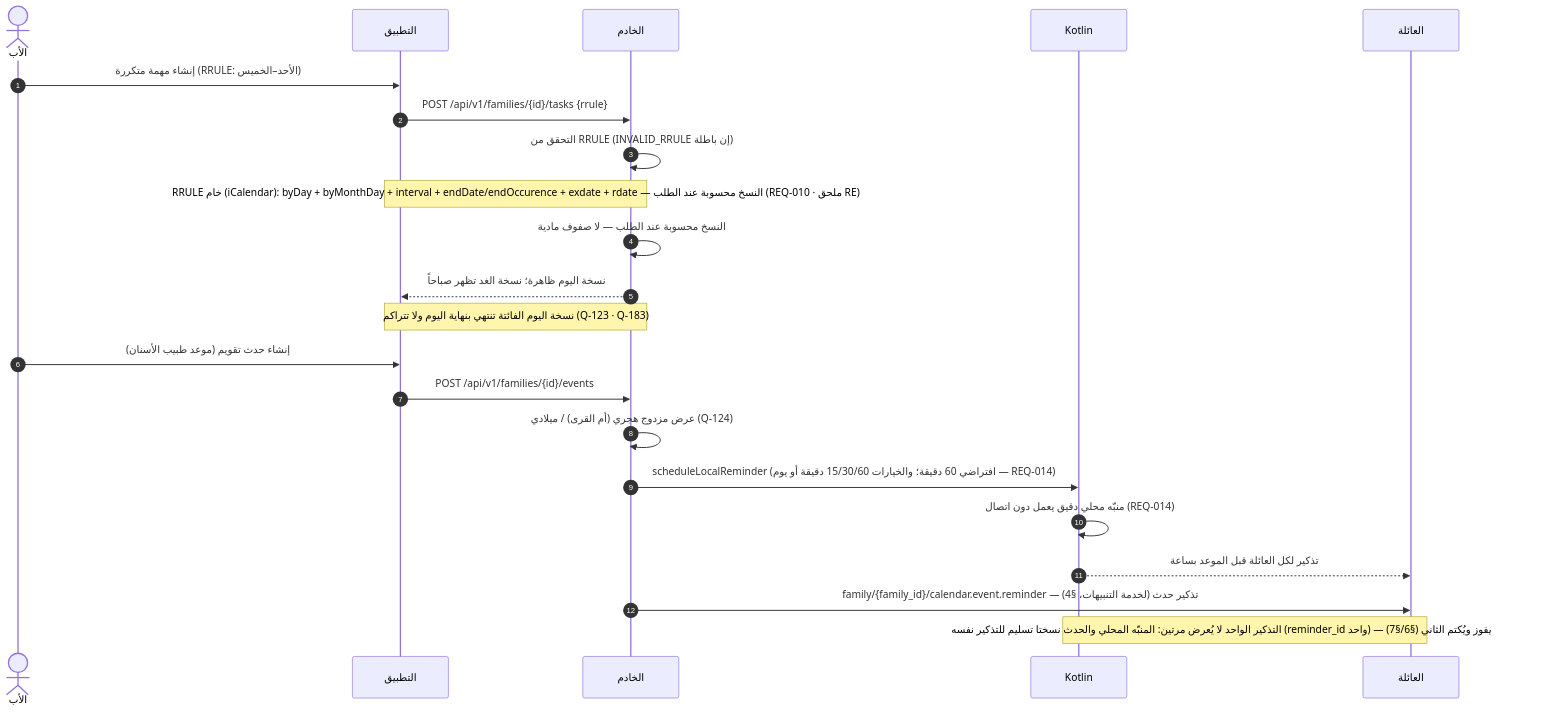
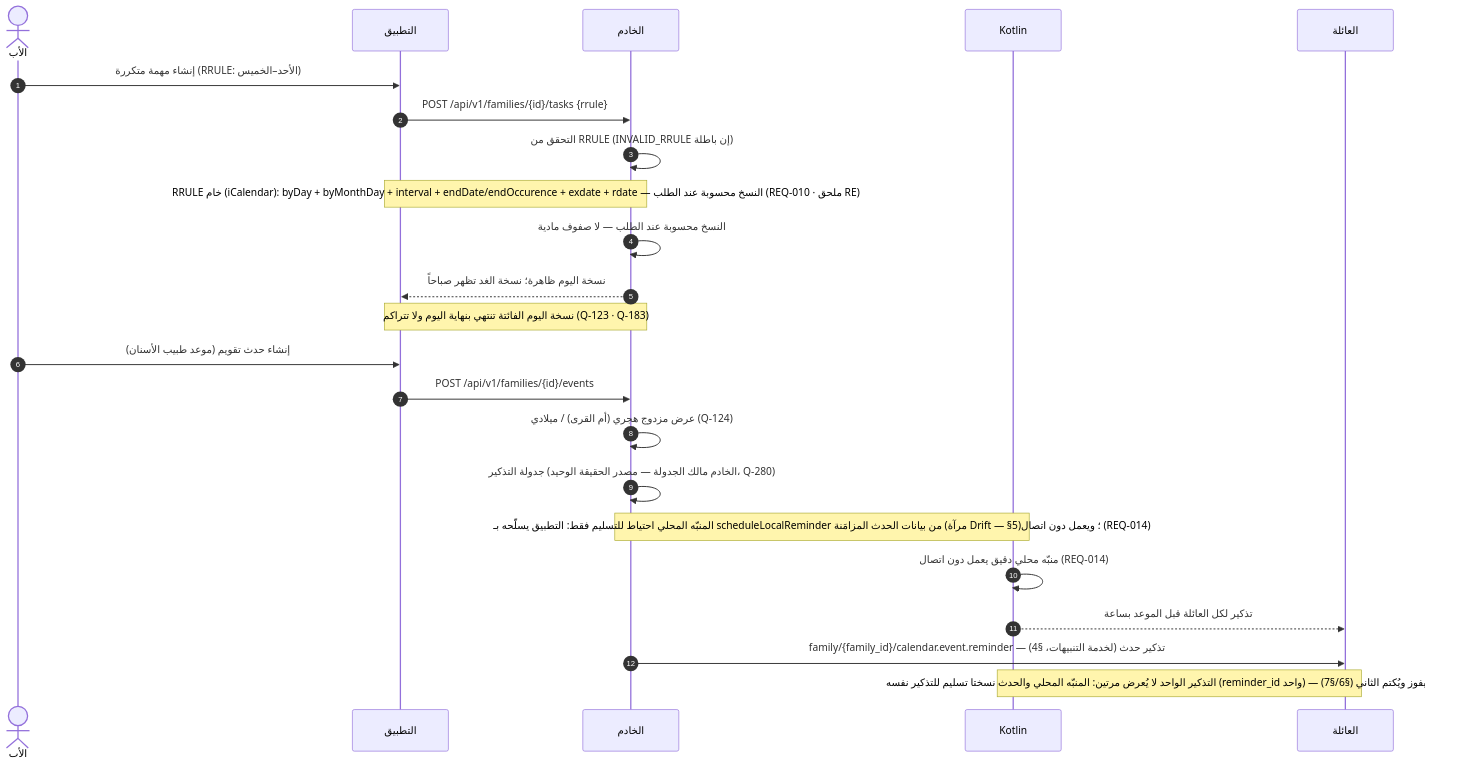
One commit to Bassam-mohammed-alqaeadi/family-os-v2 changed the seventh of 12 diagrams in docs/family-os/governance/phases/phase-1/S1-06-tasks-and-calendar/DIAGRAMS.md. Above: the diagram before and after it, drawn with Mermaid. The commit also changed other lines of this file and 1 other file, not shown here.

First line of the commit message:
S1-06: الخادم مالك جدولة التذكير (Q-280 — R2-S106-06)

````diff
--- a/docs/family-os/governance/phases/phase-1/S1-06-tasks-and-calendar/DIAGRAMS.md
+++ b/docs/family-os/governance/phases/phase-1/S1-06-tasks-and-calendar/DIAGRAMS.md
@@ -300,24 +301,25 @@
 ```mermaid
 sequenceDiagram
     autonumber
     actor Father as الأب
     participant App as التطبيق
     participant Ktor as الخادم
     participant K as Kotlin
     participant Family as العائلة
     Father->>App: إنشاء مهمة متكررة (RRULE: الأحد–الخميس)
     App->>Ktor: POST /api/v1/families/{id}/tasks {rrule}
     Ktor->>Ktor: التحقق من RRULE (INVALID_RRULE إن باطلة)
     Note over Ktor,App: RRULE خام (iCalendar): byDay + byMonthDay + interval + endDate/endOccurence + exdate + rdate — النسخ محسوبة عند الطلب (REQ-010 · ملحق RE)
     Ktor->>Ktor: النسخ محسوبة عند الطلب — لا صفوف مادية
     Ktor-->>App: نسخة اليوم ظاهرة؛ نسخة الغد تظهر صباحاً
     Note over Ktor,App: نسخة اليوم الفائتة تنتهي بنهاية اليوم ولا تتراكم (Q-123 · Q-183)
     Father->>App: إنشاء حدث تقويم (موعد طبيب الأسنان)
     App->>Ktor: POST /api/v1/families/{id}/events
     Ktor->>Ktor: عرض مزدوج هجري (أم القرى) / ميلادي (Q-124)
-    Ktor->>K: scheduleLocalReminder (افتراضي 60 دقيقة؛ والخيارات 15/30/60 دقيقة أو يوم — REQ-014)
+    Ktor->>Ktor: جدولة التذكير (الخادم مالك الجدولة — مصدر الحقيقة الوحيد، Q-280)
+    Note over Ktor,K: المنبّه المحلي احتياط للتسليم فقط: التطبيق يسلّحه بـ scheduleLocalReminder من بيانات الحدث المزامَنة (مرآة Drift — §5)؛ ويعمل دون اتصال (REQ-014)
     K->>K: منبّه محلي دقيق يعمل دون اتصال (REQ-014)
     K-->>Family: تذكير لكل العائلة قبل الموعد بساعة
     Ktor->>Family: family/{family_id}/calendar.event.reminder — تذكير حدث (لخدمة التنبيهات، §4)
     Note over K,Family: التذكير الواحد لا يُعرض مرتين: المنبّه المحلي والحدث نسختا تسليم للتذكير نفسه (reminder_id واحد) — أول وصول يفوز ويُكتم الثاني (§6/§7)
 ```
````
